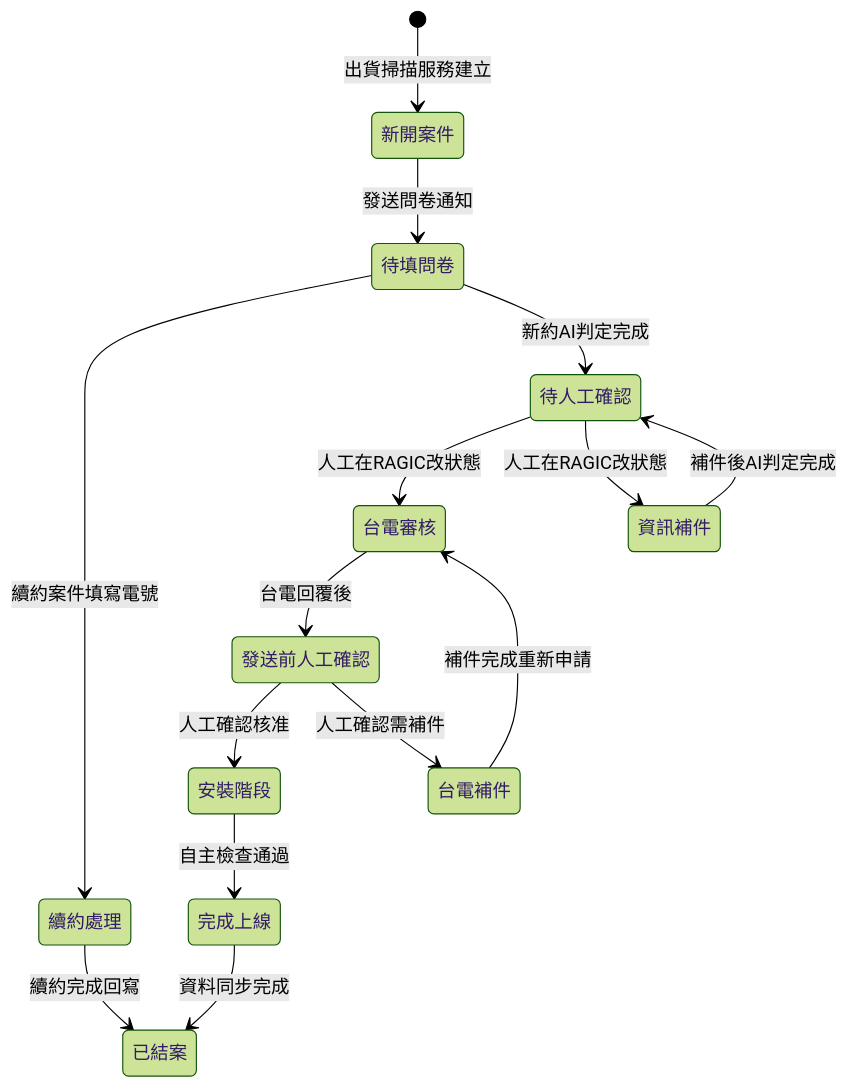
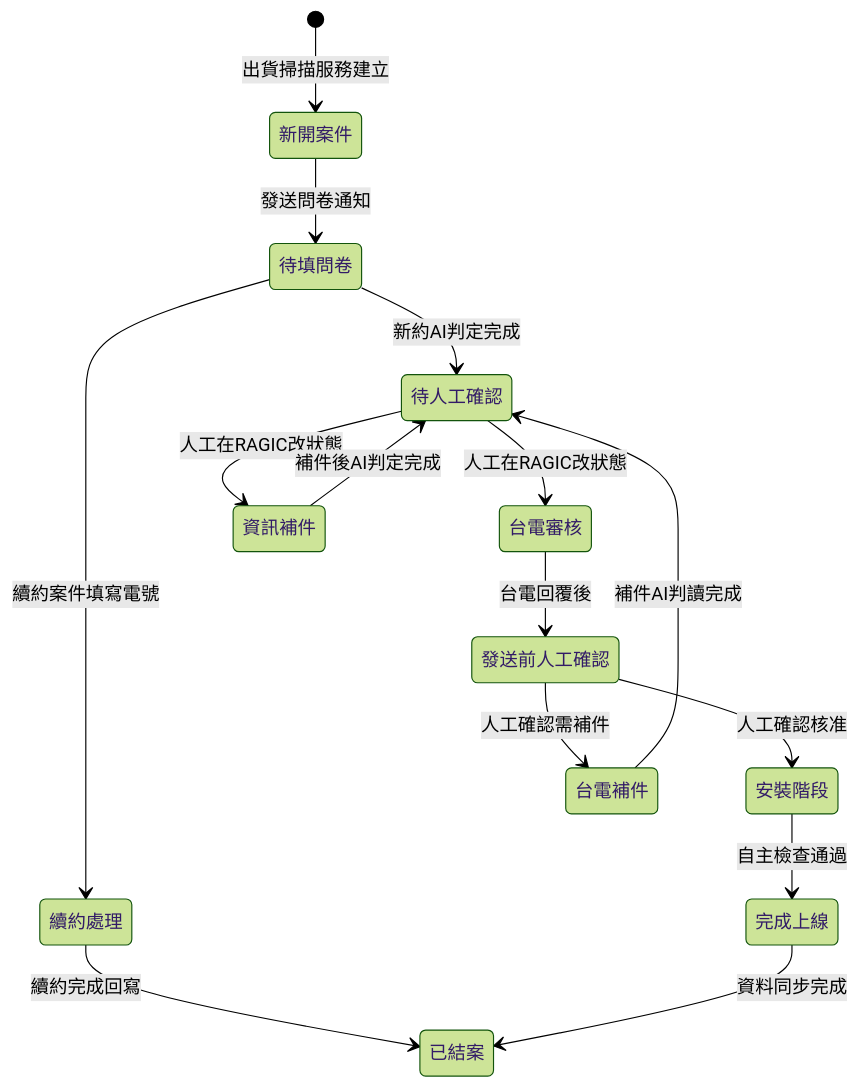
One commit to PringleHuang/0031_dreams-application-flow changed the second of 3 diagrams in .kiro/specs/dreams-application-flow/design.md. Above: the diagram before and after it, drawn with Mermaid (forest theme). The commit also changed other lines of this file and 2 other files, not shown here.

Commit message:
feat: update state machine - taipower supplement goes to 待人工確認 (not 台電審核)
- requirements.md: 需求7驗收條件4更新
- design.md: state diagram + VALID_TRANSITIONS updated
- state_machine.py: TAIPOWER_SUPPLEMENT -> PENDING_MANUAL_CONFIRM

````diff
--- a/.kiro/specs/dreams-application-flow/design.md
+++ b/.kiro/specs/dreams-application-flow/design.md
@@ -79,17 +79,17 @@
 ```mermaid
 stateDiagram-v2
     [*] --> 新開案件: 出貨掃描服務建立
     新開案件 --> 待填問卷: 發送問卷通知
     待填問卷 --> 續約處理: 續約案件填寫電號
     待填問卷 --> 待人工確認: 新約AI判定完成
     續約處理 --> 已結案: 續約完成回寫
     待人工確認 --> 台電審核: 人工在RAGIC改狀態
     待人工確認 --> 資訊補件: 人工在RAGIC改狀態
     資訊補件 --> 待人工確認: 補件後AI判定完成
     台電審核 --> 發送前人工確認: 台電回覆後
     發送前人工確認 --> 安裝階段: 人工確認核准
     發送前人工確認 --> 台電補件: 人工確認需補件
-    台電補件 --> 台電審核: 補件完成重新申請
+    台電補件 --> 待人工確認: 補件AI判讀完成
     安裝階段 --> 完成上線: 自主檢查通過
     完成上線 --> 已結案: 資料同步完成
 ```
````
